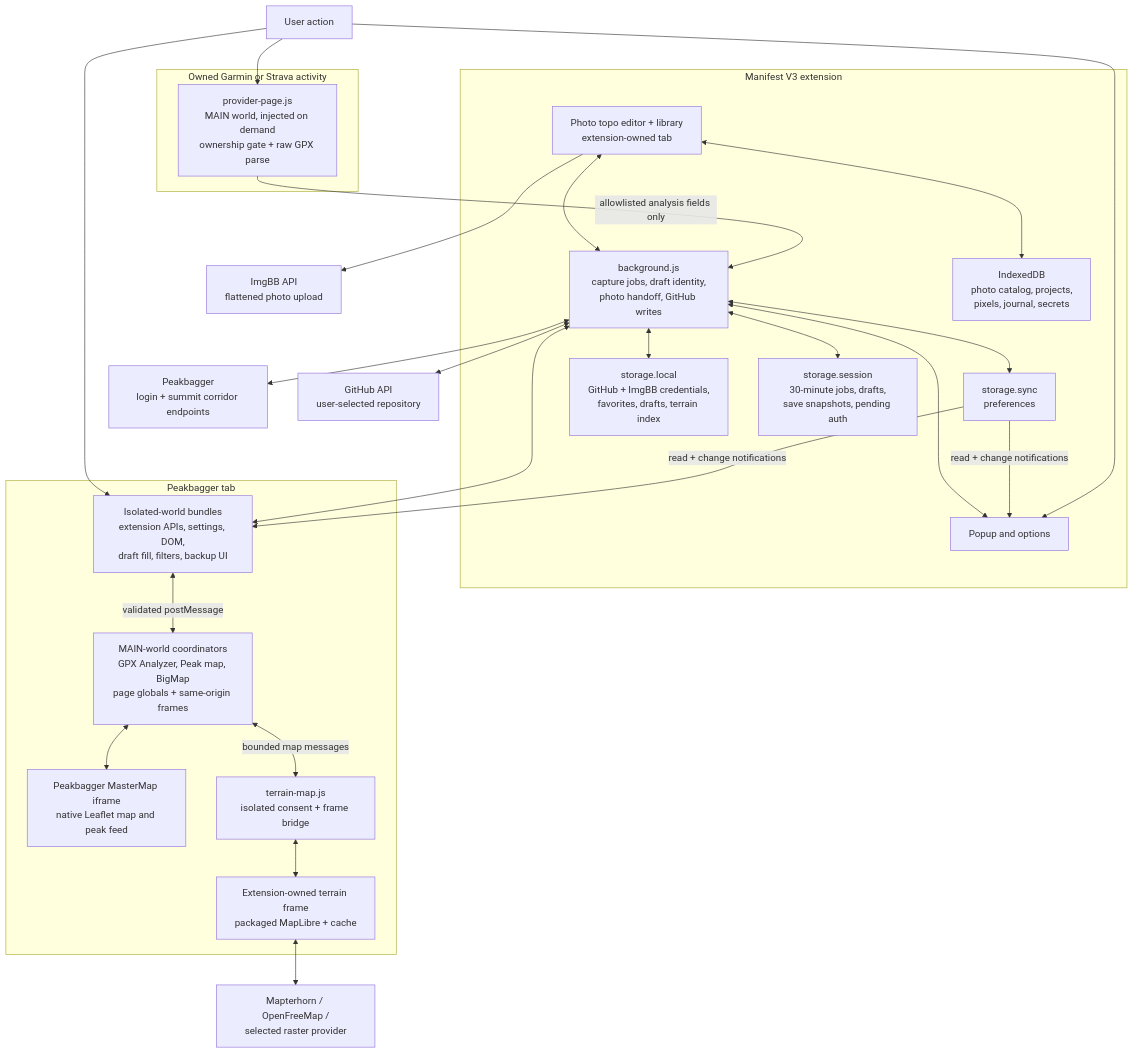
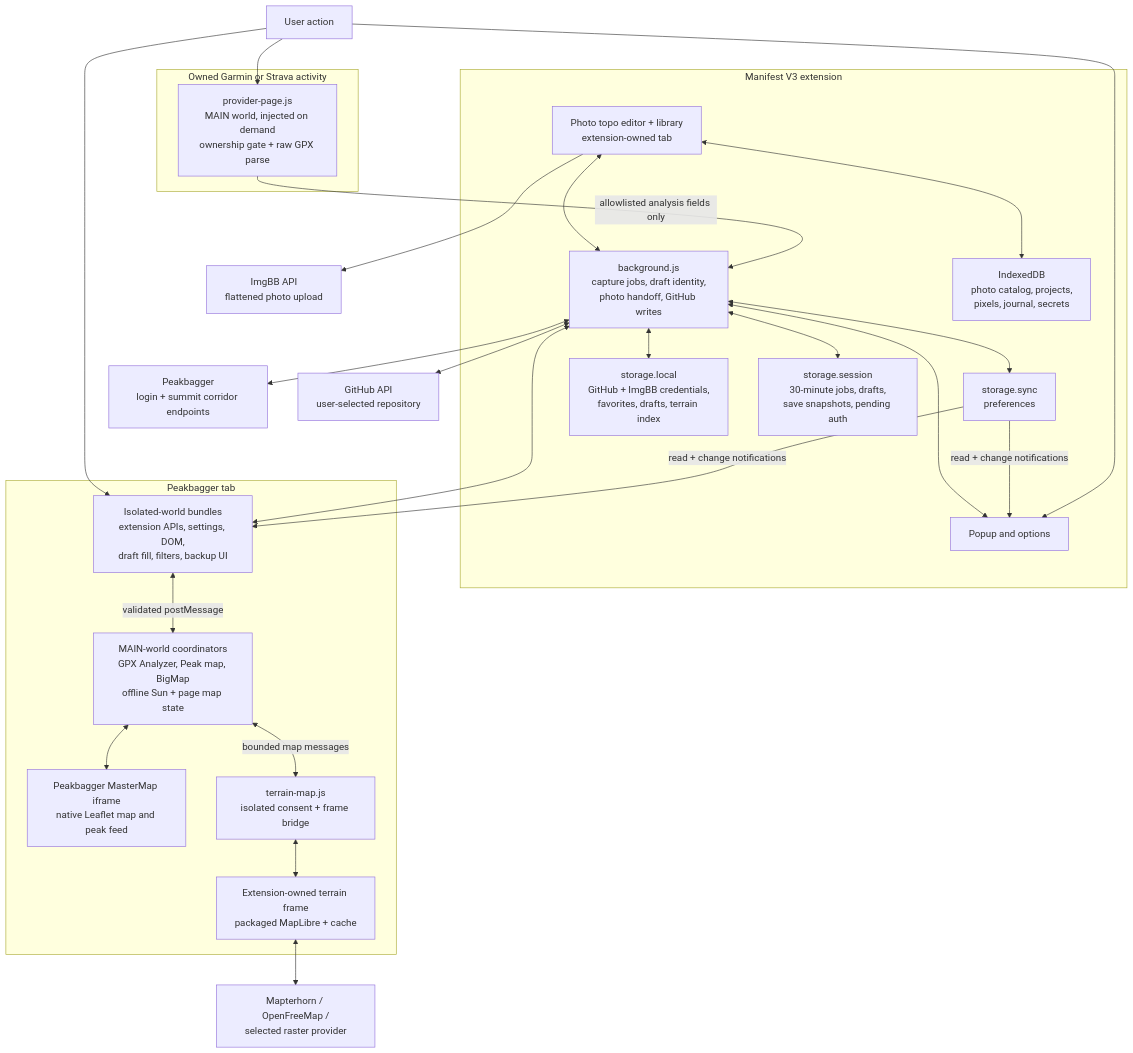
One commit to wilmtang/better-peakbagger changed the first of 2 diagrams in docs/architecture.md. Above: the diagram before and after it, drawn with Mermaid. The commit also changed other lines of this file and 6 other files, not shown here.

First line of the commit message:
docs: document offline sun planning

````diff
--- a/docs/architecture.md
+++ b/docs/architecture.md
@@ -15,53 +15,53 @@
 ```mermaid
 flowchart TB
     user["User action"]
 
     subgraph provider["Owned Garmin or Strava activity"]
         providerPage["provider-page.js<br/>MAIN world, injected on demand<br/>ownership gate + raw GPX parse"]
     end
 
     subgraph extension["Manifest V3 extension"]
         popup["Popup and options"]
         worker["background.js<br/>capture jobs, draft identity,<br/>photo handoff, GitHub writes"]
         photoPage["Photo topo editor + library<br/>extension-owned tab"]
         photoDb["IndexedDB<br/>photo catalog, projects,<br/>pixels, journal, secrets"]
         sync["storage.sync<br/>preferences"]
         local["storage.local<br/>GitHub + ImgBB credentials,<br/>favorites, drafts, terrain index"]
         session["storage.session<br/>30-minute jobs, drafts,<br/>save snapshots, pending auth"]
     end
 
     subgraph peakbagger["Peakbagger tab"]
         isolated["Isolated-world bundles<br/>extension APIs, settings, DOM,<br/>draft fill, filters, backup UI"]
-        main["MAIN-world coordinators<br/>GPX Analyzer, Peak map, BigMap<br/>page globals + same-origin frames"]
+        main["MAIN-world coordinators<br/>GPX Analyzer, Peak map, BigMap<br/>offline Sun + page map state"]
         master["Peakbagger MasterMap iframe<br/>native Leaflet map and peak feed"]
         terrainBridge["terrain-map.js<br/>isolated consent + frame bridge"]
         terrainFrame["Extension-owned terrain frame<br/>packaged MapLibre + cache"]
     end
 
     peakApi["Peakbagger<br/>login + summit corridor endpoints"]
     imgbb["ImgBB API<br/>flattened photo upload"]
     github["GitHub API<br/>user-selected repository"]
     tiles["Mapterhorn / OpenFreeMap /<br/>selected raster provider"]
 
     user --> providerPage
     user --> isolated
     user --> popup
     providerPage -- "allowlisted analysis fields only" --> worker
     isolated <--> worker
     popup <--> worker
     photoPage <--> worker
     photoPage <--> photoDb
     photoPage --> imgbb
     sync -- "read + change notifications" --> popup
     sync -- "read + change notifications" --> isolated
     worker <--> sync
     worker <--> session
     worker <--> local
     worker <--> peakApi
     worker <--> github
     isolated <-->|"validated postMessage"| main
     main <--> master
     main <-->|"bounded map messages"| terrainBridge
     terrainBridge <--> terrainFrame
     terrainFrame <--> tiles
 ```
````
